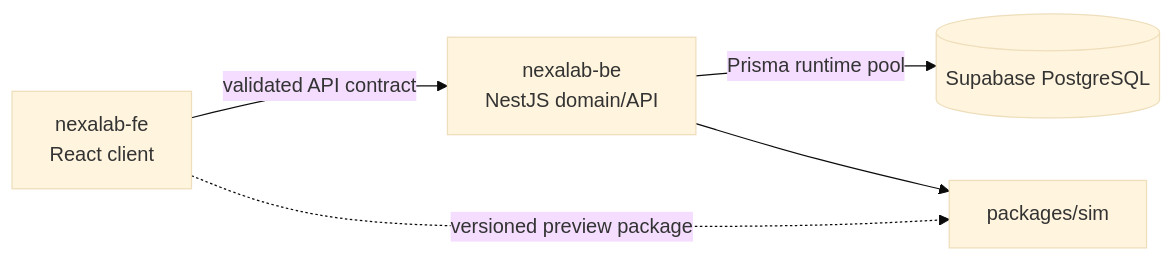
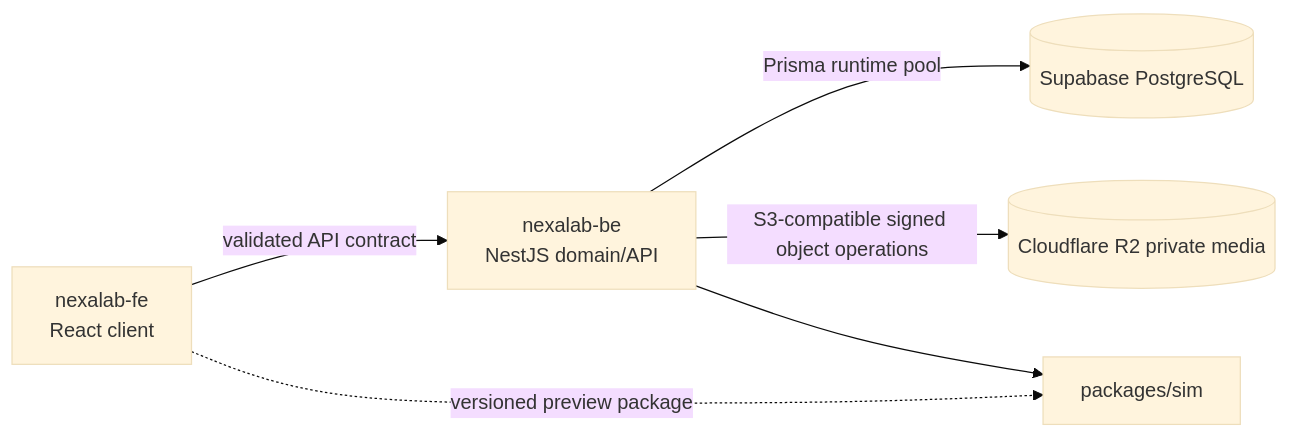
The first of 2 diagrams in _bmad-output/planning-artifacts/architecture-spine-nexalab-release-1/ARCHITECTURE-SPINE.md (hoangnick6969/BE-NexaLab), drawn with Mermaid (base theme) before and after one commit. The commit also changed other lines of this file and 25 other files, not shown here.

````diff
--- a/_bmad-output/planning-artifacts/architecture-spine-nexalab-release-1/ARCHITECTURE-SPINE.md
+++ b/_bmad-output/planning-artifacts/architecture-spine-nexalab-release-1/ARCHITECTURE-SPINE.md
@@ -24,7 +24,8 @@
 ```mermaid
 flowchart LR
   FE[nexalab-fe\nReact client] -->|validated API contract| BE[nexalab-be\nNestJS domain/API]
   BE -->|Prisma runtime pool| DB[(Supabase PostgreSQL)]
+  BE -->|S3-compatible signed object operations| R2[(Cloudflare R2 private media)]
   BE --> SIM[packages/sim]
   FE -. versioned preview package .-> SIM
 ```
````
